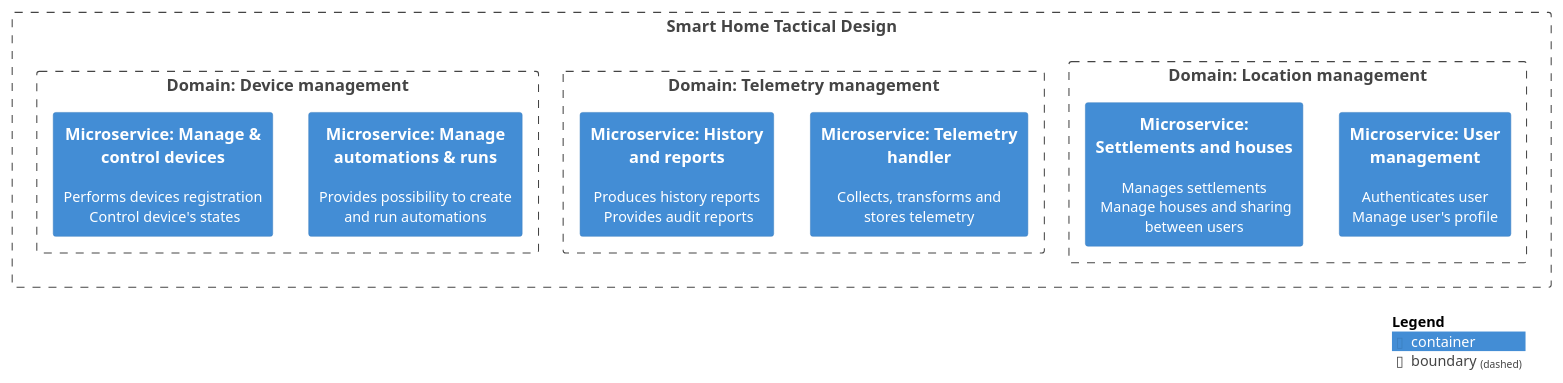
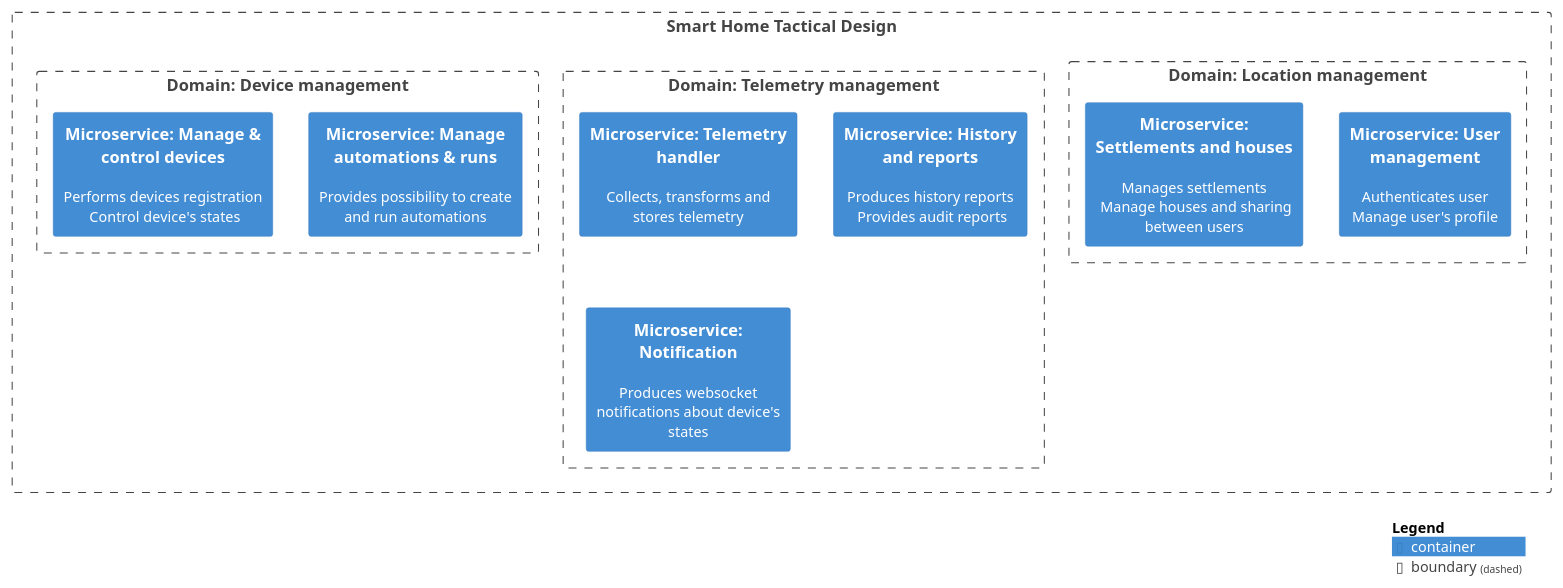
Before and after one commit to belkevglaz/yc-apo-sprint3: the diagram in docs/docs/assets/target/TacticalDesign.md, drawn with PlantUML. The commit also changed 8 other files, not shown here.

Commit message:
Part 1.2 Fixes. Added Dynamic Diagram

````diff
--- a/docs/docs/assets/target/TacticalDesign.md
+++ b/docs/docs/assets/target/TacticalDesign.md
@@ -1,30 +1,31 @@
 ```puml
 @startuml
 scale 0.9
 top to bottom direction
 
 !includeurl https://raw.githubusercontent.com/plantuml-stdlib/C4-PlantUML/master/C4_Component.puml
 '!include ../templates/C4_Component.puml
 
 Boundary(c1_strategic_design, "Smart Home Tactical Design") {
 
     Boundary(c1_location_domain, "Domain: Location management", "") {
         Container(c211, "Microservice: User management", "", "Authenticates user\nManage user's profile")
         Container(c212, "Microservice: Settlements and houses", "", "Manages settlements\n Manage houses and sharing between users")
     }
     
     Boundary(c1_telemetry_domain, "Domain: Telemetry management", "") {
         Container(c221, "Microservice: Telemetry handler", "", "Collects, transforms and stores telemetry")
-        Container(c223, "Microservice: History and reports", "", "Produces history reports\n Provides audit reports")
+        Container(c222, "Microservice: History and reports", "", "Produces history reports\n Provides audit reports")
+        Container(c223, "Microservice: Notification", "", "Produces websocket notifications about device's states")
     }
     
     Boundary(c1_device_domain, "Domain: Device management", "") {
         Container(c231, "Microservice: Manage automations & runs", "", "Provides possibility to create and run automations")
         Container(c233, "Microservice: Manage & control devices", "", "Performs devices registration\n Control device's states")
     }
 }
 
 SHOW_LEGEND()
 
 @enduml
 ```
````
